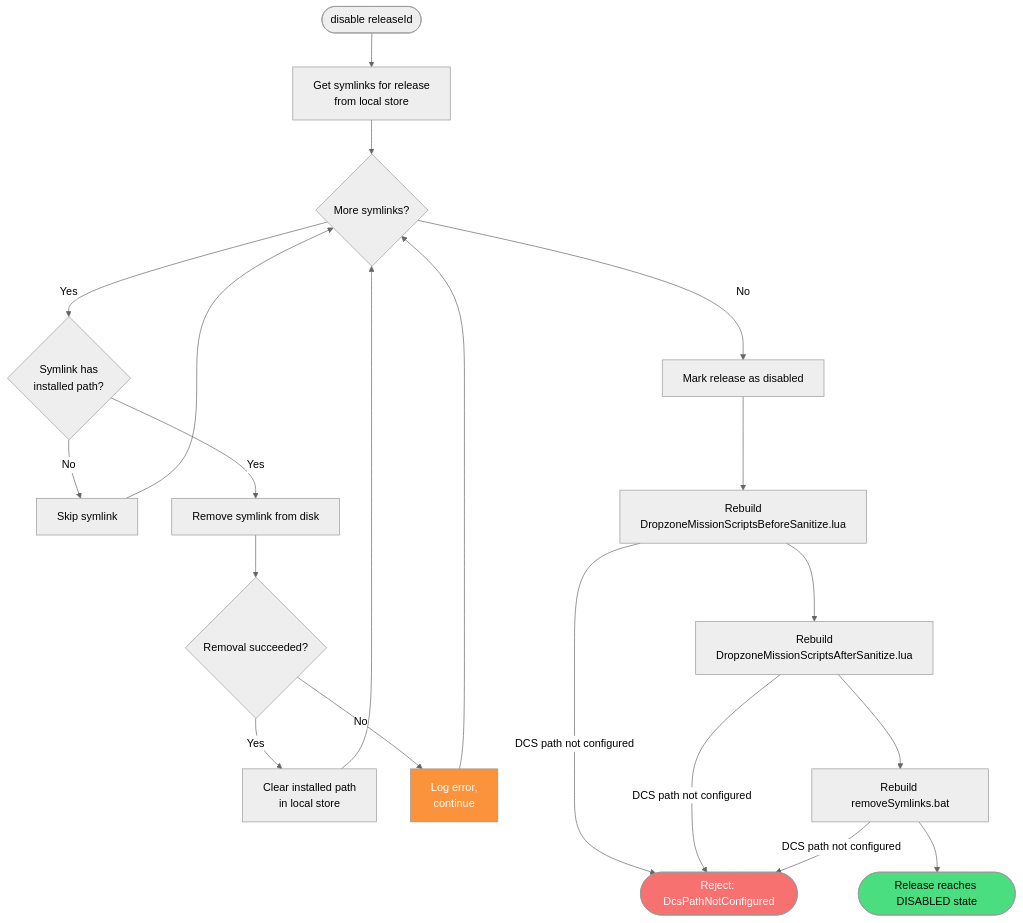
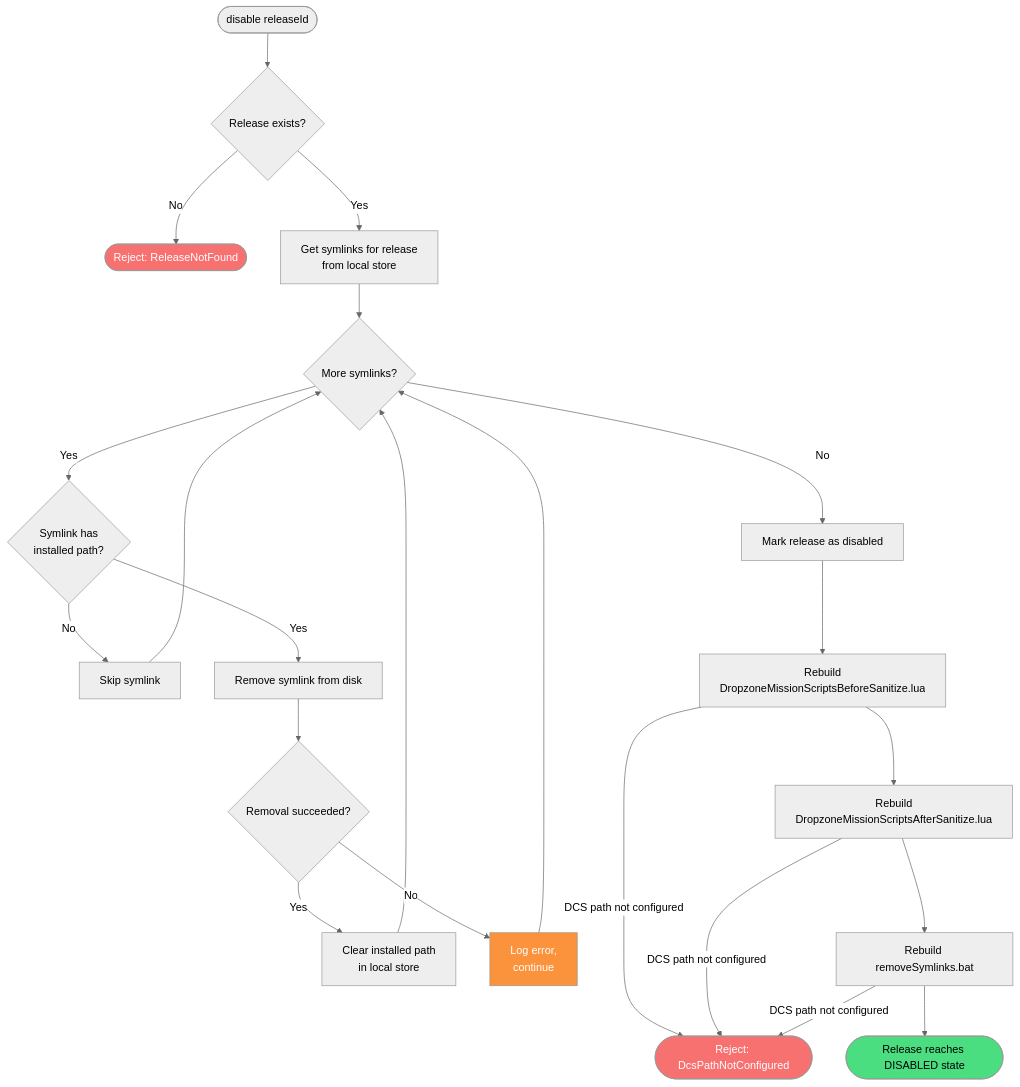
The diagram in docs/daemon/spec/disable-release.md (flying-dice/dcs-dropzone), drawn with Mermaid (neutral theme) before and after one commit. The commit also changed other lines of this file and 9 other files, not shown here.

````diff
--- a/docs/daemon/spec/disable-release.md
+++ b/docs/daemon/spec/disable-release.md
@@ -46,31 +52,35 @@
 ```mermaid
 flowchart TD
-    Start([disable releaseId]) --> GetLinks[Get symlinks for release<br/>from local store]
+    Start([disable releaseId]) --> Exists{Release exists?}
+
+    Exists -- No --> ErrNotFound([Reject: ReleaseNotFound])
+    Exists -- Yes --> GetLinks[Get symlinks for release<br/>from local store]
 
     GetLinks --> Loop{More symlinks?}
 
     Loop -- No --> MarkDisabled[Mark release as disabled]
     Loop -- Yes --> HasPath{Symlink has<br/>installed path?}
 
     HasPath -- No --> SkipLink[Skip symlink] --> Loop
     HasPath -- Yes --> RemoveLink[Remove symlink from disk]
 
     RemoveLink --> RemoveOk{Removal succeeded?}
 
     RemoveOk -- Yes --> ClearPath[Clear installed path<br/>in local store] --> Loop
     RemoveOk -- No --> LogError[Log error,<br/>continue] --> Loop
 
     MarkDisabled --> RebuildBefore[Rebuild<br/>DropzoneMissionScriptsBeforeSanitize.lua]
     RebuildBefore --> RebuildAfter[Rebuild<br/>DropzoneMissionScriptsAfterSanitize.lua]
     RebuildAfter --> RebuildBat[Rebuild removeSymlinks.bat]
 
     RebuildBefore -- DCS path not configured --> ErrDcsPath([Reject: DcsPathNotConfigured])
     RebuildAfter -- DCS path not configured --> ErrDcsPath
     RebuildBat -- DCS path not configured --> ErrDcsPath
 
     RebuildBat --> Done([Release reaches DISABLED state])
 
+    style ErrNotFound fill:#f87171,color:#fff
     style ErrDcsPath fill:#f87171,color:#fff
     style LogError fill:#fb923c,color:#fff
     style Done fill:#4ade80,color:#000
 ```
````
